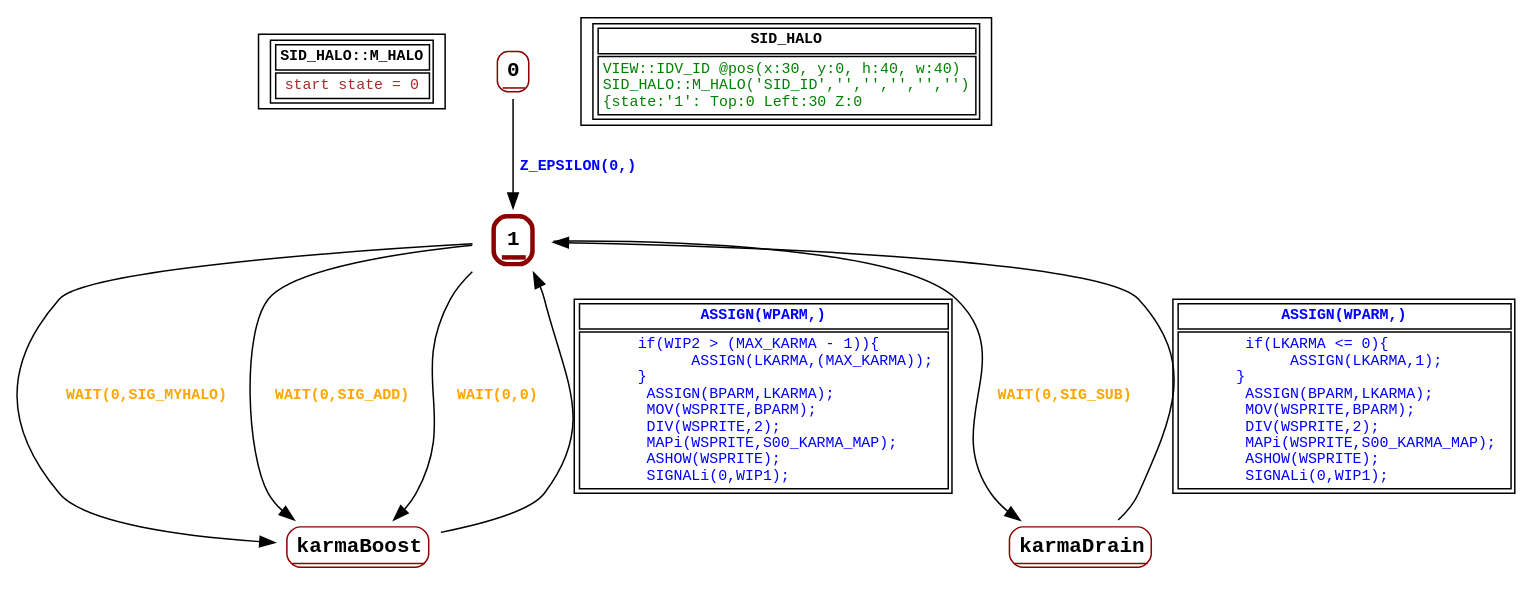
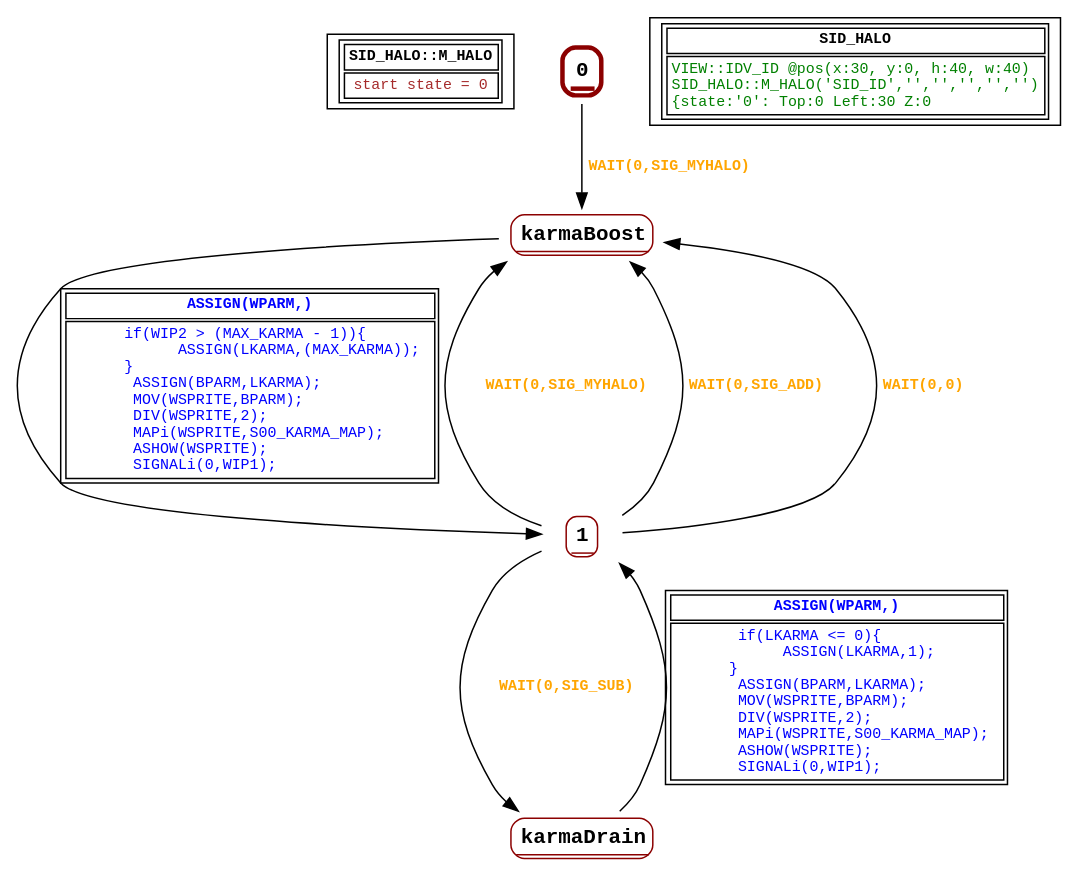
Before and after one commit to guy-stewart/AzariaCD: the diagram in graphs/SID_HALO.dot, drawn with Graphviz. The commit also changed 31 other files, not shown here.

```diff
--- a/graphs/SID_HALO.dot
+++ b/graphs/SID_HALO.dot
@@ -1,39 +1,39 @@
 digraph Automaton {
  fontname="Courier New"
 	node [shape=oval, fontname="Courier New"];
 	filename[shape = record, fontsize=10, label=< <table border="1"><tr><td><b>SID_HALO::M_HALO<br align="left"/></b></td></tr>
 <tr><td><font point-size="10" color ="brown">start state = 0<br align="left"/></font></td></tr></table>>
 ];
-	0[shape = none, fontsize=14, label=< <table border="1" color="darkred" style="rounded"><tr><td sides="b"><b>0<br align="left"/></b></td></tr>
+	0[shape = none, fontsize=14, label=< <table border="3" color="darkred" style="rounded"><tr><td sides="b"><b>0<br align="left"/></b></td></tr>
 </table>>];
-"0" -> "1" [fontcolor=blue,fontsize=10,fontname="Courier New", label=< <table border="0"><tr><td><b>Z_EPSILON(0,)<br align="left"/></b></td></tr>
+"0" -> "karmaBoost" [fontcolor=orange,fontsize=10,fontname="Courier New", label=< <table border="0"><tr><td><b>WAIT(0,SIG_MYHALO)<br align="left"/></b></td></tr>
 </table>>
 ];
-	1[shape = none, fontsize=14, label=< <table border="3" color="darkred" style="rounded"><tr><td sides="b"><b>1<br align="left"/></b></td></tr>
+	1[shape = none, fontsize=14, label=< <table border="1" color="darkred" style="rounded"><tr><td sides="b"><b>1<br align="left"/></b></td></tr>
 </table>>];
 "1" -> "karmaBoost" [fontcolor=orange,fontsize=10,fontname="Courier New", label=< <table border="0"><tr><td><b>WAIT(0,SIG_MYHALO)<br align="left"/></b></td></tr>
 </table>>
 ];
 "1" -> "karmaBoost" [fontcolor=orange,fontsize=10,fontname="Courier New", label=< <table border="0"><tr><td><b>WAIT(0,SIG_ADD)<br align="left"/></b></td></tr>
 </table>>
 ];
 "1" -> "karmaDrain" [fontcolor=orange,fontsize=10,fontname="Courier New", label=< <table border="0"><tr><td><b>WAIT(0,SIG_SUB)<br align="left"/></b></td></tr>
 </table>>
 ];
 "1" -> "karmaBoost" [fontcolor=orange,fontsize=10,fontname="Courier New", label=< <table border="0"><tr><td><b>WAIT(0,0)<br align="left"/></b></td></tr>
 </table>>
 ];
 	karmaBoost[shape = none, fontsize=14, label=< <table border="1" color="darkred" style="rounded"><tr><td sides="b"><b>karmaBoost<br align="left"/></b></td></tr>
 </table>>];
 "karmaBoost" -> "1" [fontcolor=blue,fontsize=10,fontname="Courier New", label=< <table border="1"><tr><td><b>ASSIGN(WPARM,)<br align="left"/></b></td></tr>
 <tr><td><font point-size="10" color ="blue">       if(WIP2 &gt; (MAX_KARMA - 1))&#123;<br align="left"/>             ASSIGN(LKARMA,(MAX_KARMA));<br align="left"/>       &#125;<br align="left"/>        ASSIGN(BPARM,LKARMA);<br align="left"/>        MOV(WSPRITE,BPARM);<br align="left"/>        DIV(WSPRITE,2);<br align="left"/>        MAPi(WSPRITE,S00_KARMA_MAP);<br align="left"/>        ASHOW(WSPRITE);<br align="left"/>        SIGNALi(0,WIP1);<br align="left"/></font></td></tr></table>>
 ];
 	karmaDrain[shape = none, fontsize=14, label=< <table border="1" color="darkred" style="rounded"><tr><td sides="b"><b>karmaDrain<br align="left"/></b></td></tr>
 </table>>];
 "karmaDrain" -> "1" [fontcolor=blue,fontsize=10,fontname="Courier New", label=< <table border="1"><tr><td><b>ASSIGN(WPARM,)<br align="left"/></b></td></tr>
 <tr><td><font point-size="10" color ="blue">        if(LKARMA &lt;= 0)&#123;<br align="left"/>             ASSIGN(LKARMA,1);<br align="left"/>       &#125;      <br align="left"/>        ASSIGN(BPARM,LKARMA);<br align="left"/>        MOV(WSPRITE,BPARM);<br align="left"/>        DIV(WSPRITE,2);<br align="left"/>        MAPi(WSPRITE,S00_KARMA_MAP);<br align="left"/>        ASHOW(WSPRITE);<br align="left"/>        SIGNALi(0,WIP1);<br align="left"/></font></td></tr></table>>
 ];
 	status[shape = record, fontsize=10, label=< <table border="1"><tr><td><b>SID_HALO<br align="left"/></b></td></tr>
-<tr><td><font point-size="10" color ="green">VIEW::IDV_ID @pos(x:30, y:0, h:40, w:40)<br align="left"/>SID_HALO::M_HALO(&apos;SID_ID&apos;,&apos;&apos;,&apos;&apos;,&apos;&apos;,&apos;&apos;,&apos;&apos;)<br align="left"/>			&#123;state:&apos;1&apos;: Top:0 Left:30 Z:0<br align="left"/></font></td></tr></table>>
+<tr><td><font point-size="10" color ="green">VIEW::IDV_ID @pos(x:30, y:0, h:40, w:40)<br align="left"/>SID_HALO::M_HALO(&apos;SID_ID&apos;,&apos;&apos;,&apos;&apos;,&apos;&apos;,&apos;&apos;,&apos;&apos;)<br align="left"/>			&#123;state:&apos;0&apos;: Top:0 Left:30 Z:0<br align="left"/></font></td></tr></table>>
 ];
 }
```
